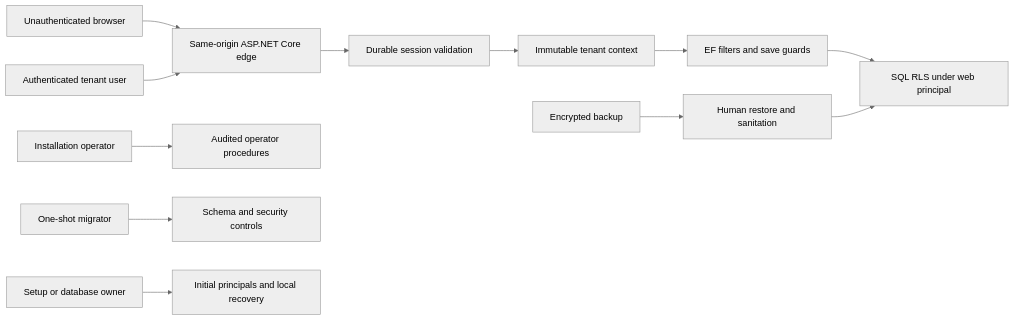
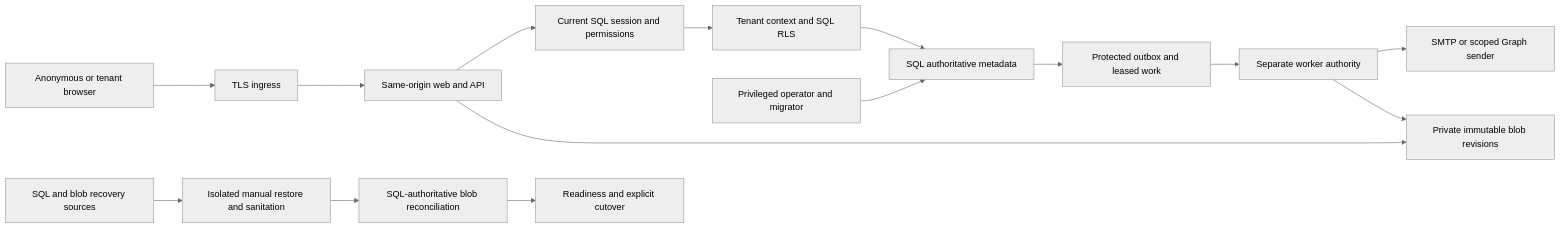
Before and after one commit to mcunille/Workbench: the diagram in docs/security/data-identity-threat-model.md, drawn with Mermaid (neutral theme). The commit also changed other lines of this file, not shown here.

````diff
--- a/docs/security/data-identity-threat-model.md
+++ b/docs/security/data-identity-threat-model.md
@@ -20,14 +30,17 @@
 ```mermaid
 flowchart LR
-    U[Unauthenticated browser] --> E[Same-origin ASP.NET Core edge]
-    A[Authenticated tenant user] --> E
-    E --> S[Durable session validation]
-    S --> T[Immutable tenant context]
-    T --> EF[EF filters and save guards]
-    EF --> RLS[SQL RLS under web principal]
-    OP[Installation operator] --> PROC[Audited operator procedures]
-    MIG[One-shot migrator] --> DDL[Schema and security controls]
-    OWNER[Setup or database owner] --> BOOT[Initial principals and local recovery]
-    BACKUP[Encrypted backup] --> RESTORE[Human restore and sanitation]
-    RESTORE --> RLS
+    Browser[Anonymous or tenant browser] --> Proxy[TLS ingress]
+    Proxy --> Web[Same-origin web and API]
+    Web --> Session[Current SQL session and permissions]
+    Session --> Tenant[Tenant context and SQL RLS]
+    Tenant --> SQL[SQL authoritative metadata]
+    Web --> Blob[Private immutable blob revisions]
+    SQL --> Queue[Protected outbox and leased work]
+    Queue --> Worker[Separate worker authority]
+    Worker --> Mail[SMTP or scoped Graph sender]
+    Worker --> Blob
+    Operator[Privileged operator and migrator] --> SQL
+    Backup[SQL and blob recovery sources] --> Restore[Isolated manual restore and sanitation]
+    Restore --> Reconcile[SQL-authoritative blob reconciliation]
+    Reconcile --> Gate[Readiness and explicit cutover]
 ```
````
